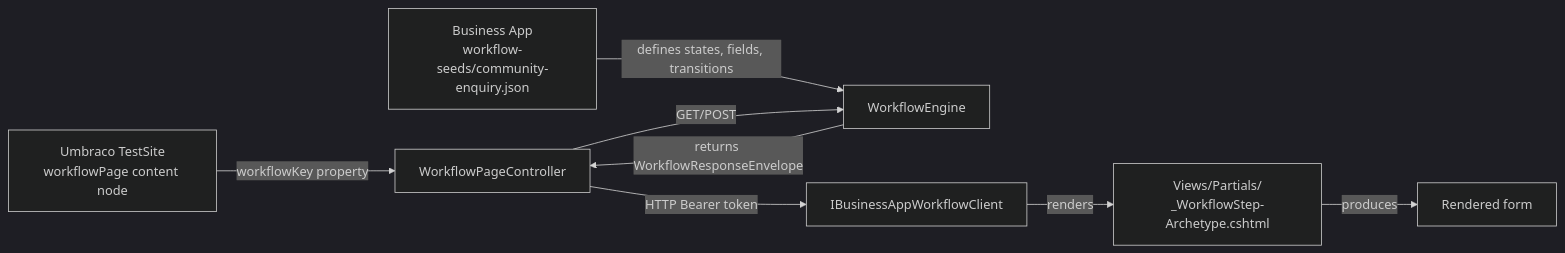
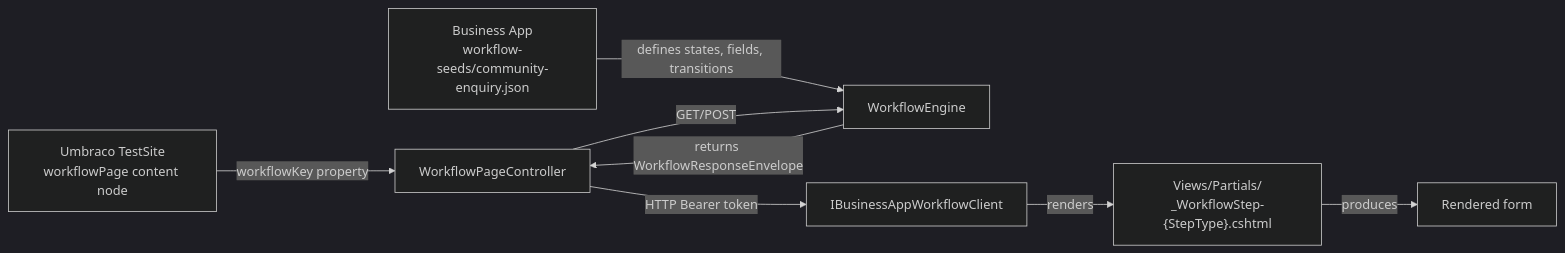
Before and after one commit to jonnymuir/Umbraco.Prism: the diagram in docs/guides/workflow-setup.md, drawn with Mermaid (dark theme). The commit also changed other lines of this file, not shown here.

Commit message:
docs: fix remaining archetype references in workflow-setup.md

````diff
--- a/docs/guides/workflow-setup.md
+++ b/docs/guides/workflow-setup.md
@@ -11,10 +11,10 @@
 ```mermaid
 flowchart LR
     A["Umbraco TestSite<br/>workflowPage content node"] -->|workflowKey property| B["WorkflowPageController"]
     C["Business App<br/>workflow-seeds/community-enquiry.json"] -->|defines states, fields, transitions| D["WorkflowEngine"]
     B -->|GET/POST| D
     D -->|returns WorkflowResponseEnvelope| B
     B -->|HTTP Bearer token| E["IBusinessAppWorkflowClient"]
-    E -->|renders| F["Views/Partials/<br/>_WorkflowStep-Archetype.cshtml"]
+    E -->|renders| F["Views/Partials/<br/>_WorkflowStep-{StepType}.cshtml"]
     F -->|produces| G["Rendered form"]
 ```
````
